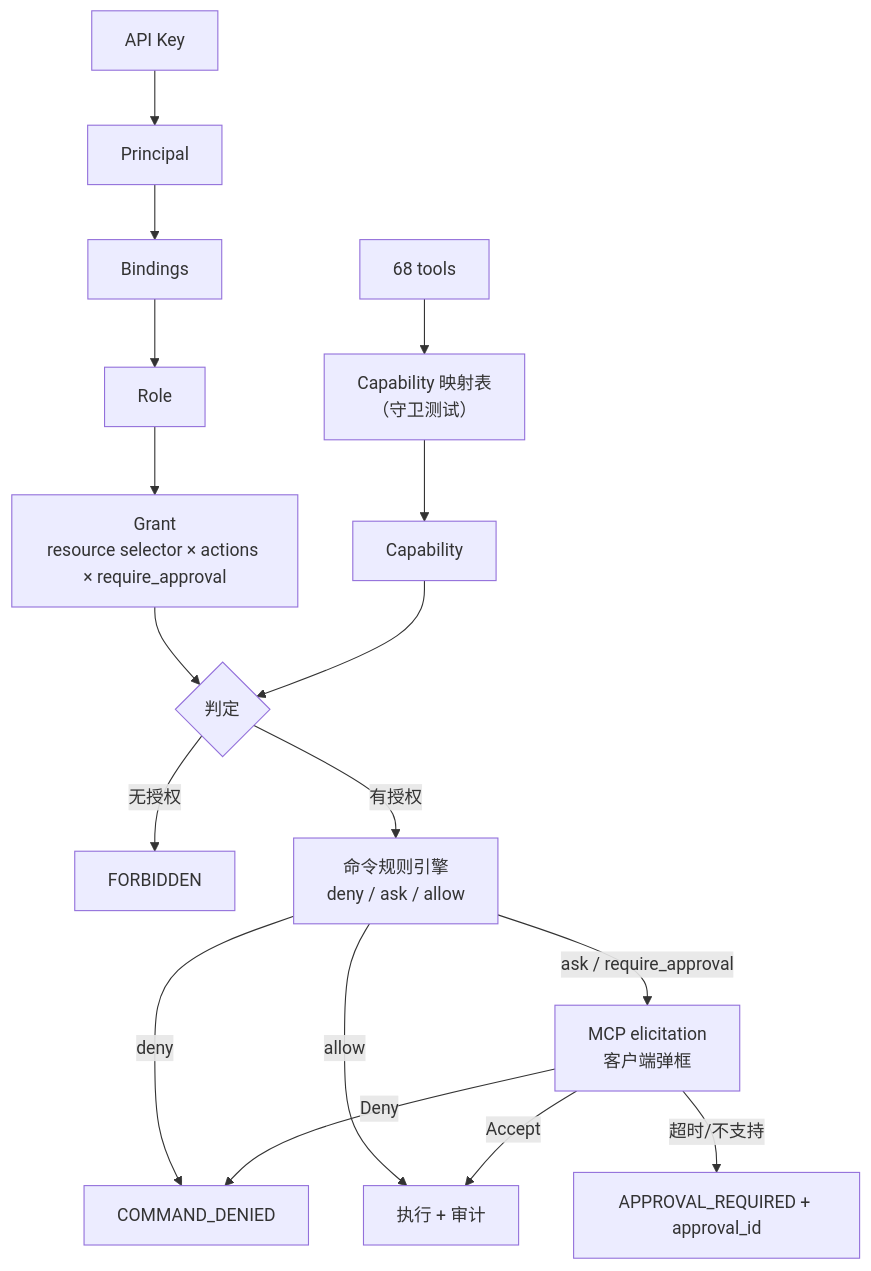
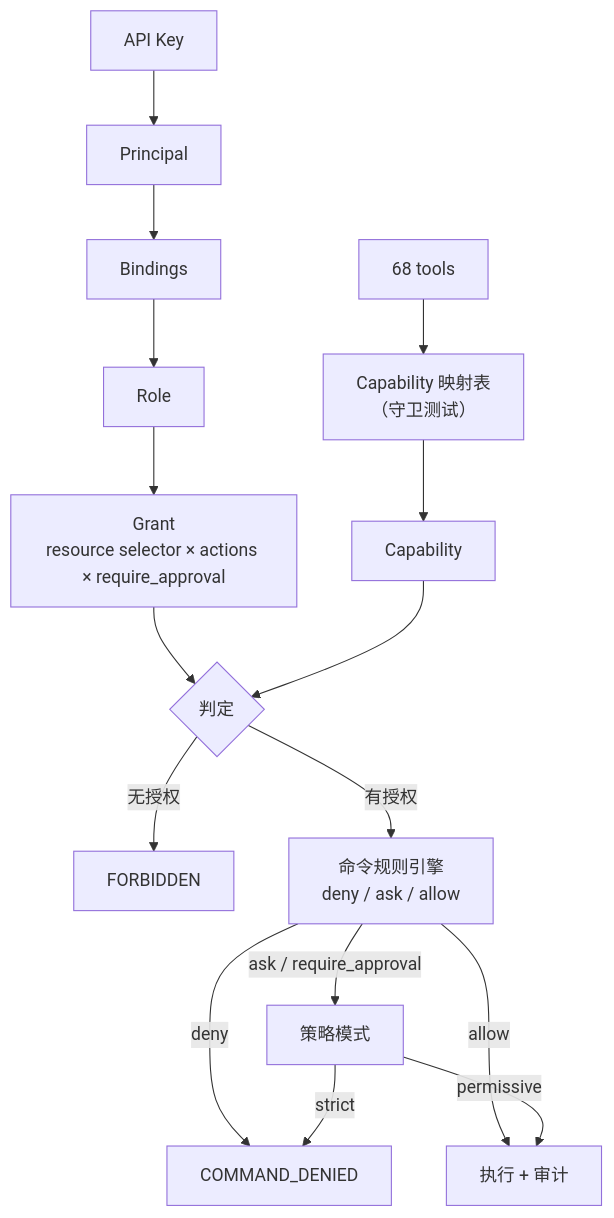
The diagram in clum-docs/authorization-design.md (tddh/clum), drawn with Mermaid before and after one commit. The commit also changed other lines of this file and 7 other files, not shown here.

````diff
--- a/clum-docs/authorization-design.md
+++ b/clum-docs/authorization-design.md
@@ -96,19 +99,18 @@
 ```mermaid
 graph TD
   K["API Key"] --> P["Principal"]
   P --> B["Bindings"]
   B --> R["Role"]
   R --> G["Grant<br/>resource selector × actions × require_approval"]
   T["68 tools"] --> M["Capability 映射表<br/>（守卫测试）"]
   M --> C["Capability"]
   G --> D{"判定"}
   C --> D
   D -->|无授权| F["FORBIDDEN"]
   D -->|有授权| E["命令规则引擎<br/>deny / ask / allow"]
   E -->|deny| X["COMMAND_DENIED"]
   E -->|allow| Z["执行 + 审计"]
-  E -->|ask / require_approval| A["MCP elicitation<br/>客户端弹框"]
-  A -->|Accept| Z
-  A -->|Deny| X
-  A -->|超时/不支持| Y["APPROVAL_REQUIRED + approval_id"]
+  E -->|ask / require_approval| A["策略模式"]
+  A -->|permissive| Z
+  A -->|strict| X
 ```
````
